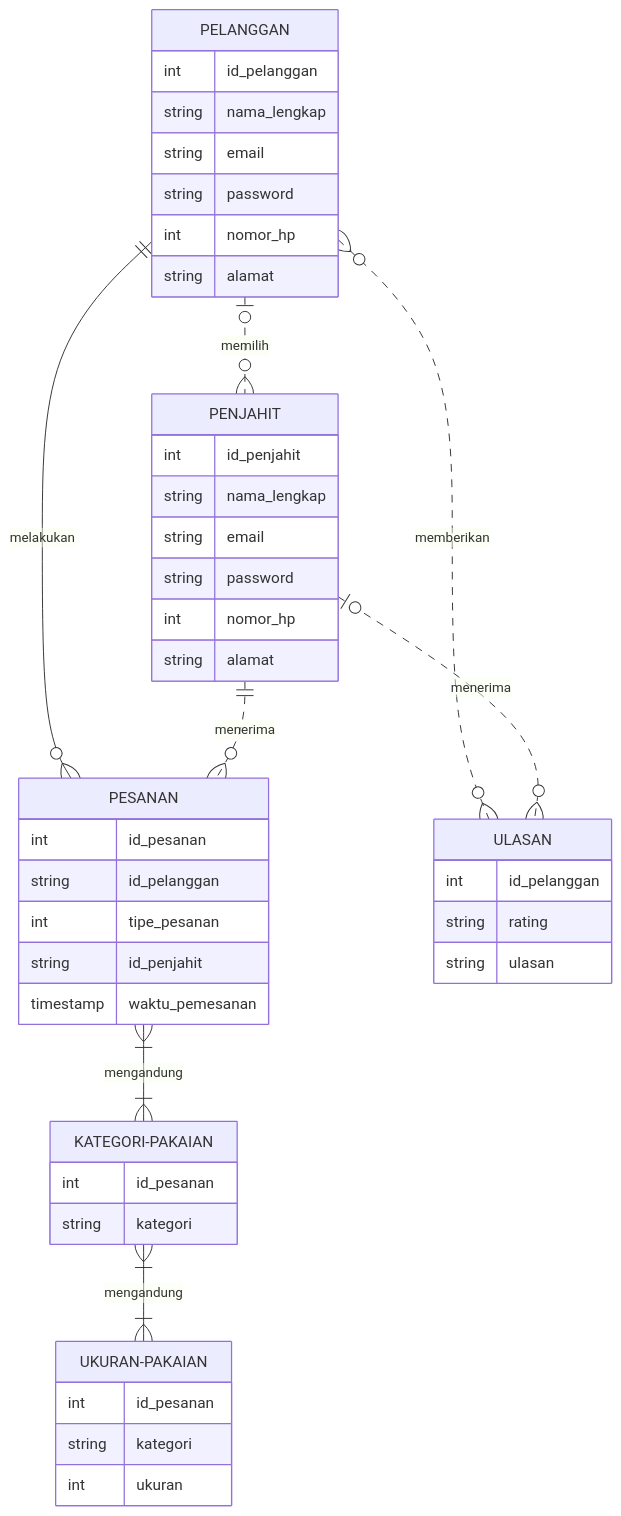
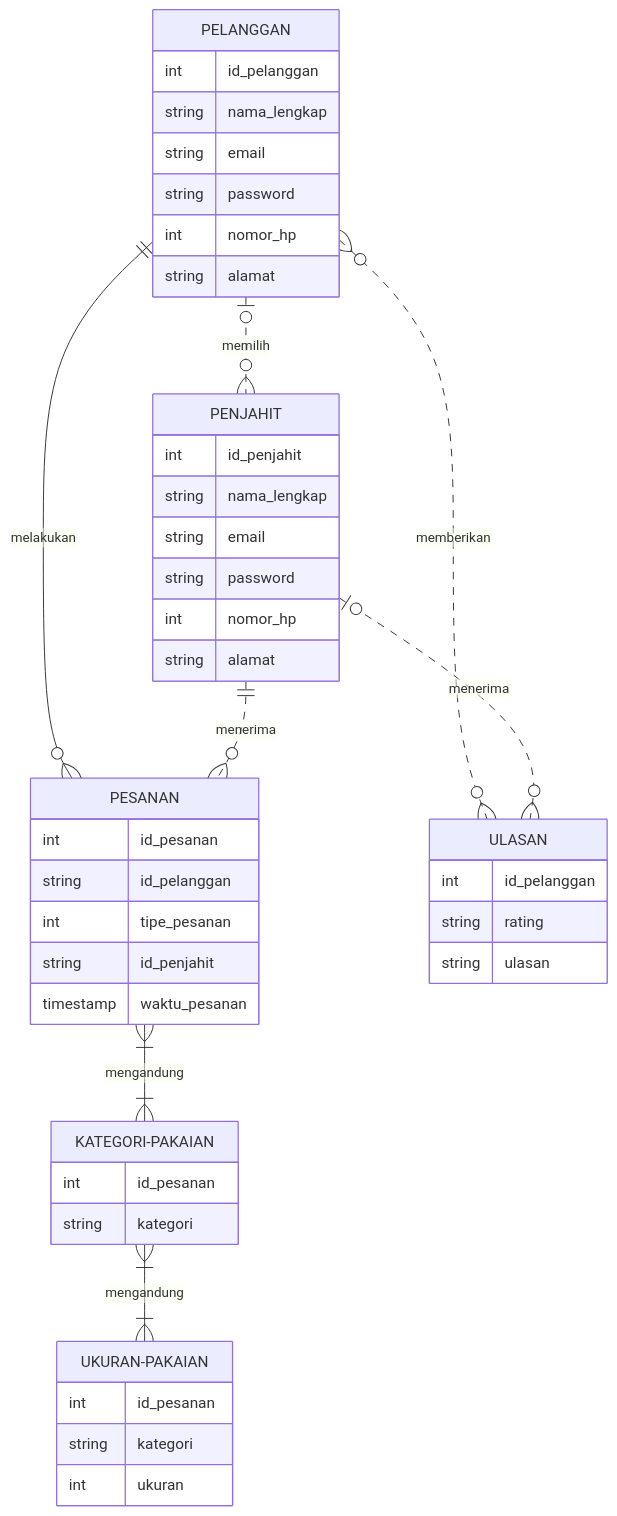
The first of 2 diagrams in uts-job-interview.md (fauzanashshidiq/pengenalaninformatika-jahitku), drawn with Mermaid before and after one commit. The commit also changed other lines of this file, not shown here.

Commit message:
uts-job-interview.md

````diff
--- a/uts-job-interview.md
+++ b/uts-job-interview.md
@@ -61,47 +62,47 @@
 ```mermaid
 erDiagram
     PELANGGAN |o..o{ PENJAHIT : memilih
     PELANGGAN {
         int id_pelanggan
         string nama_lengkap
         string email
         string password
         int nomor_hp
         string alamat
     }
     PENJAHIT {
         int id_penjahit
         string nama_lengkap
         string email
         string password
         int nomor_hp
         string alamat
     }
     PELANGGAN ||--o{ PESANAN : melakukan
     PENJAHIT ||..o{ PESANAN : menerima
     PESANAN {
         int id_pesanan
         string id_pelanggan
         int tipe_pesanan
         string id_penjahit
-        timestamp waktu_pemesanan
+        timestamp waktu_pesanan
     }
     PELANGGAN }o..o{ ULASAN : memberikan
     PENJAHIT |o..o{ ULASAN : menerima
     ULASAN {
         int id_pelanggan
         string rating
         string ulasan
     }
     PESANAN }|--|{ KATEGORI-PAKAIAN : mengandung
     KATEGORI-PAKAIAN {
         int id_pesanan
         string kategori
     }
     KATEGORI-PAKAIAN }|--|{ UKURAN-PAKAIAN : mengandung
     UKURAN-PAKAIAN {
         int id_pesanan
         string kategori
         int ukuran
     }
 ```
````
